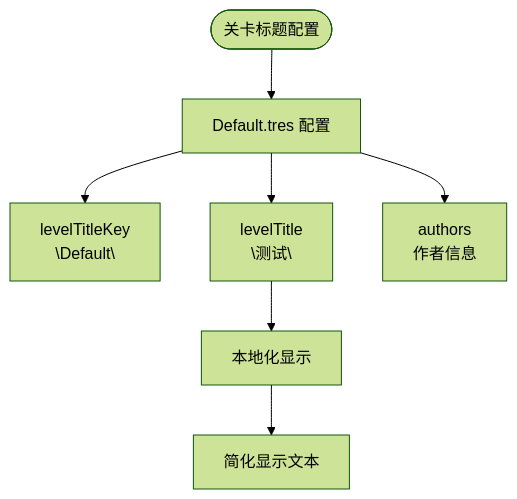
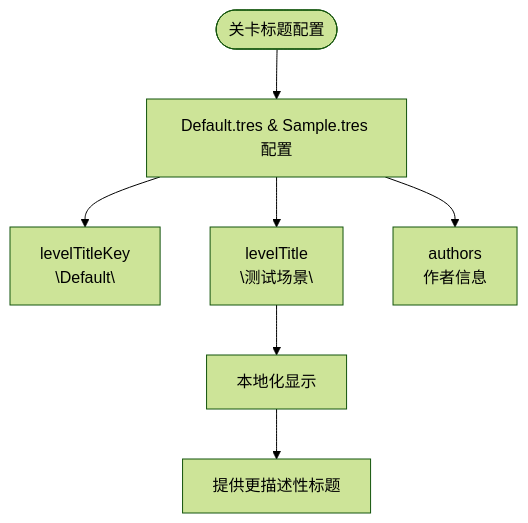
Diagram 11 of 17 in .qoder/repowiki/zh/content/模板系统/示例场景.md (godotline/godot-line), drawn with Mermaid (forest theme) before and after one commit. The commit also changed other lines of this file and 44 other files, not shown here.

````diff
--- a/.qoder/repowiki/zh/content/模板系统/示例场景.md
+++ b/.qoder/repowiki/zh/content/模板系统/示例场景.md
@@ -499,9 +499,9 @@
 ```mermaid
 flowchart TD
-Start(["关卡标题配置"]) --> Config["Default.tres 配置"]
+Start(["关卡标题配置"]) --> Config["Default.tres & Sample.tres 配置"]
 Config --> Key["levelTitleKey<br/>\"Default\""]
-Config --> Title["levelTitle<br/>\"测试\""]
+Config --> Title["levelTitle<br/>\"测试场景\""]
 Config --> Authors["authors<br/>作者信息"]
 Title --> Localize["本地化显示"]
-Localize --> Simplify["简化显示文本"]
+Localize --> Describe["提供更描述性标题"]
 ```
````
